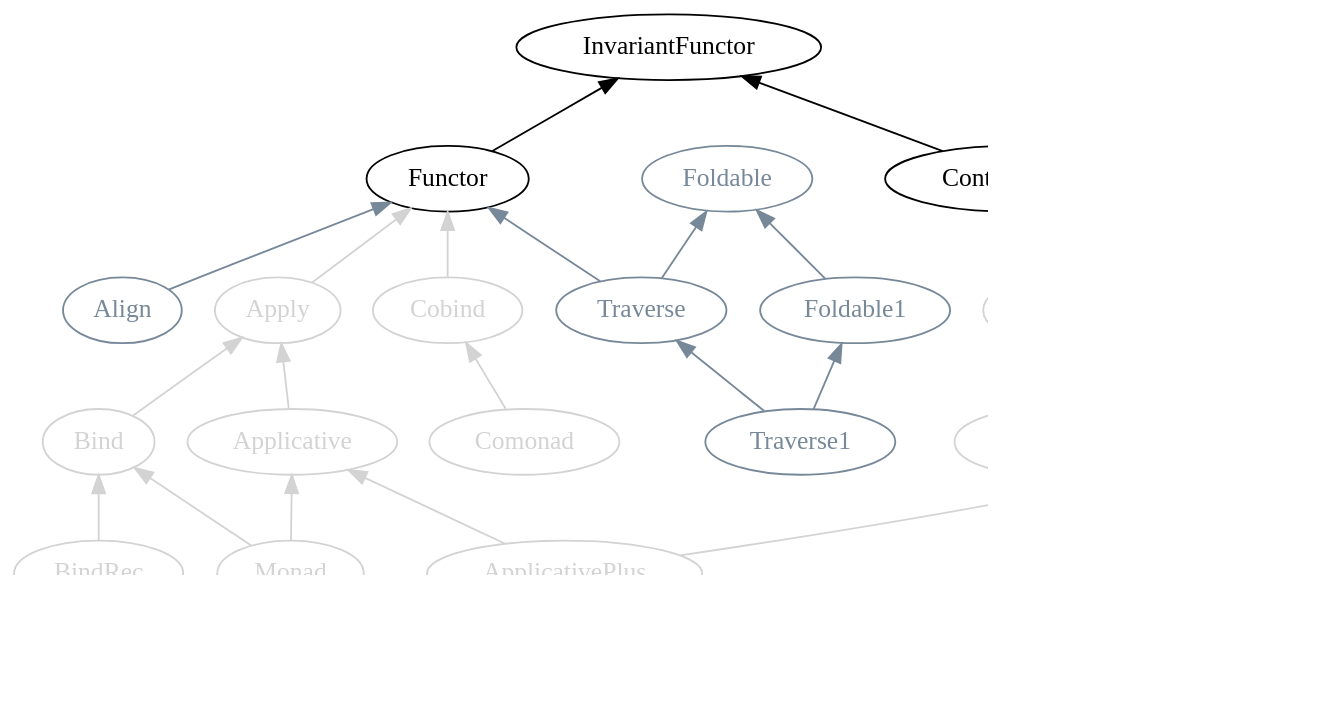
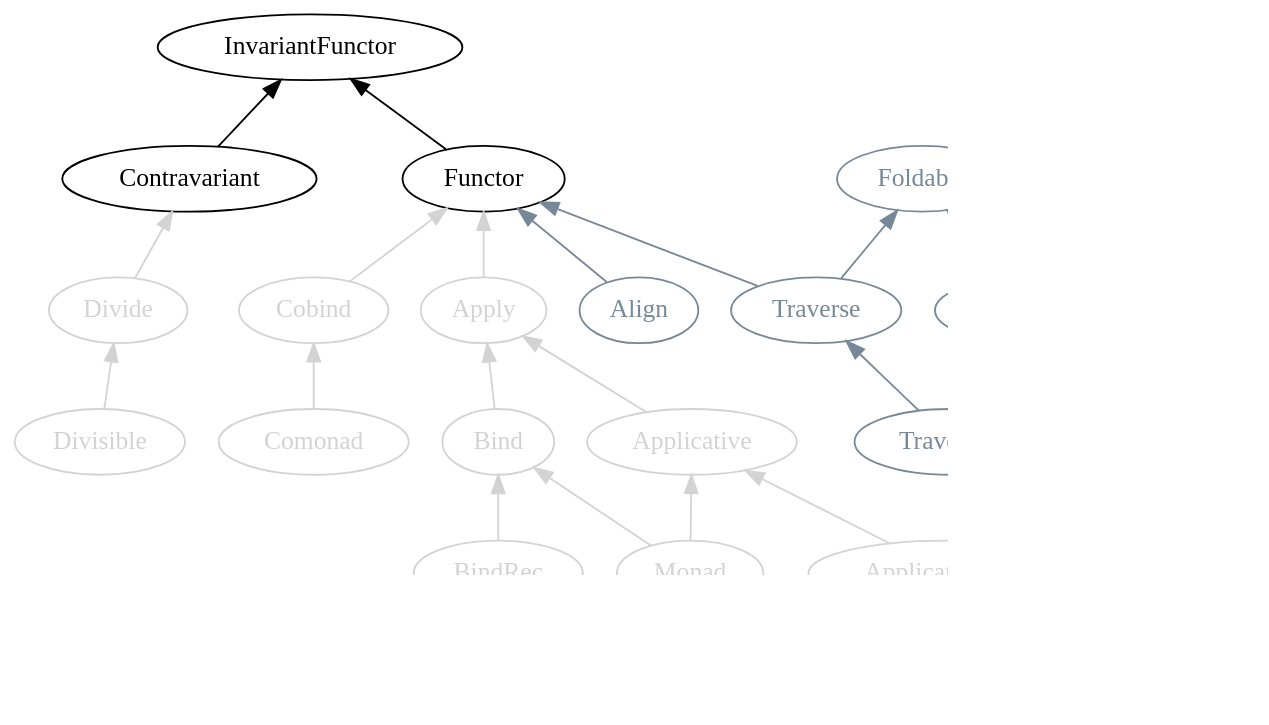
One commit to fommil/fpmortals changed the eighth of 17 diagrams in manuscript/book.org. Above: the diagram before and after it, drawn with Graphviz. The commit also changed other lines of this file and 10 other files, not shown here.

```diff
--- a/manuscript/book.org
+++ b/manuscript/book.org
@@ -4180,68 +4206,68 @@
 #+BEGIN_SRC dot :file images/scalaz-variance.png :exports results
 digraph G {
     graph [dpi=100, rankdir=BT];
     node [fontname=Hack];
     node [fontcolor=lightgray,color=lightgray];
     edge [color=lightgray]
 
+    Cobind;
+    Comonad;
     Bind;
     Apply;
     BindRec;
     Contravariant [fontcolor=black,color=black];
     Functor [fontcolor=black,color=black];
     InvariantFunctor [fontcolor=black,color=black];
     Functor;
     Divide;
     Divisible;
     Apply;
+    Align [fontcolor=lightslategray,color=lightslategray];
     Applicative;
     Foldable1 [fontcolor=lightslategray,color=lightslategray];
     Foldable [fontcolor=lightslategray,color=lightslategray];
     Traverse [fontcolor=lightslategray,color=lightslategray];
     Traverse1 [fontcolor=lightslategray,color=lightslategray];
     Monad;
     "Advanced Monads" [style=dashed];
-    Cobind;
-    Comonad;
     Plus;
     PlusEmpty;
     IsEmpty;
     ApplicativePlus;
     MonadPlus;
-    Align [fontcolor=lightslategray,color=lightslategray];
+
+    Cobind -> Functor;
+    Comonad -> Cobind;
 
     Bind -> Apply;
     BindRec -> Bind;
 
     Contravariant -> InvariantFunctor [color=black];
     Functor -> InvariantFunctor [color=black];
 
     Divide -> Contravariant;
     Divisible -> Divide;
     Apply -> Functor;
     Applicative -> Apply;
 
+    Align -> Functor [color=lightslategray];
+
     Foldable1 -> Foldable [color=lightslategray];
     Traverse -> Functor [color=lightslategray];
     Traverse -> Foldable [color=lightslategray];
     Traverse1 -> Traverse [color=lightslategray];
     Traverse1 -> Foldable1 [color=lightslategray];
 
     Monad -> Applicative;
     "Advanced Monads" -> Monad;
     Monad -> Bind;
  
-    Cobind -> Functor;
-    Comonad -> Cobind;
-
     PlusEmpty -> Plus;
     IsEmpty -> PlusEmpty;
 
     ApplicativePlus -> Applicative;
     ApplicativePlus -> PlusEmpty;
     MonadPlus -> ApplicativePlus;
     MonadPlus -> Monad;
-
-    Align -> Functor [color=lightslategray];
 }
 #+END_SRC
```
